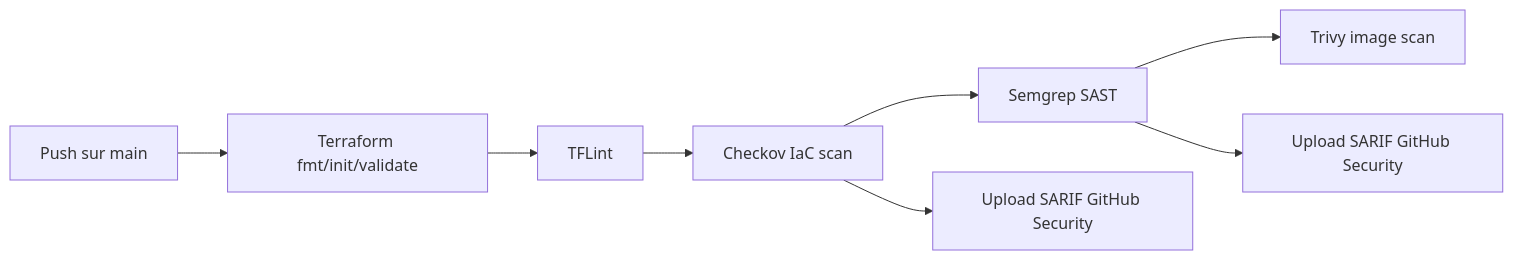
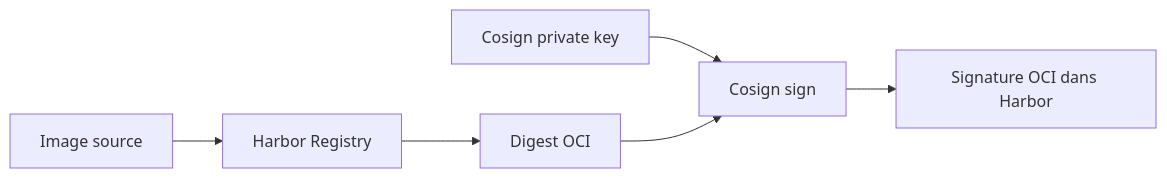
One commit to RobinThiriet/Vault_Terraform_GitHub_Actions_Securisee changed the fourth of 4 diagrams in docs/ARCHITECTURE.md. Above: the diagram before and after it, drawn with Mermaid. The commit also changed other lines of this file and 1 other file, not shown here.

````diff
--- a/docs/ARCHITECTURE.md
+++ b/docs/ARCHITECTURE.md
@@ -192,10 +261,8 @@
 ```mermaid
 flowchart LR
-    Push[Push sur main] --> TFJob[Terraform fmt/init/validate]
-    TFJob --> TFLint[TFLint]
-    TFLint --> Checkov[Checkov IaC scan]
-    Checkov --> Semgrep[Semgrep SAST]
-    Semgrep --> Trivy[Trivy image scan]
-    Checkov --> SARIF1[Upload SARIF GitHub Security]
-    Semgrep --> SARIF2[Upload SARIF GitHub Security]
+    Upstream[Image source] --> Harbor[Harbor Registry]
+    Harbor --> Digest[Digest OCI]
+    Key[Cosign private key] --> Sign[Cosign sign]
+    Digest --> Sign
+    Sign --> Sig[Signature OCI dans Harbor]
 ```
````
